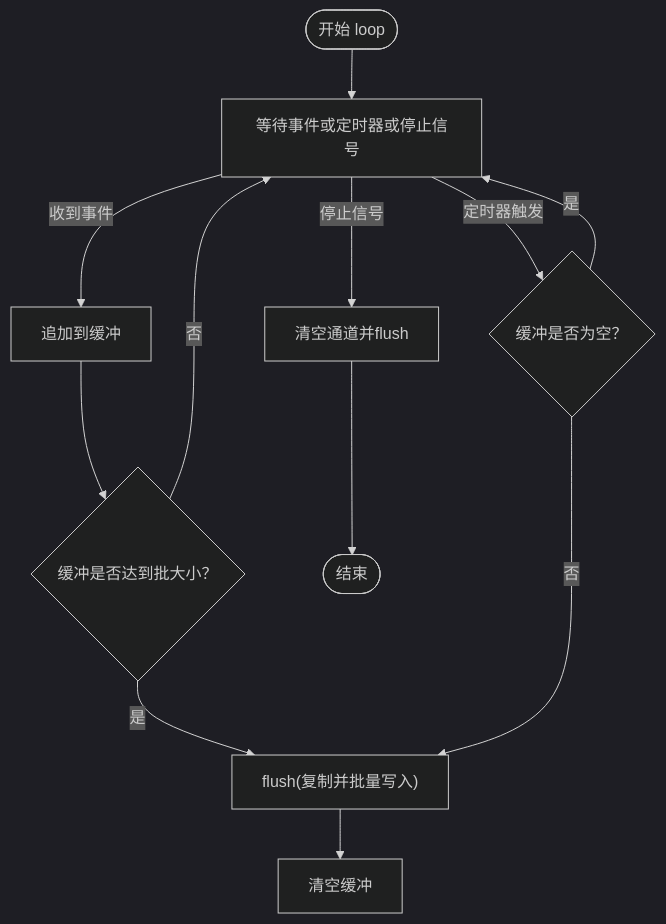
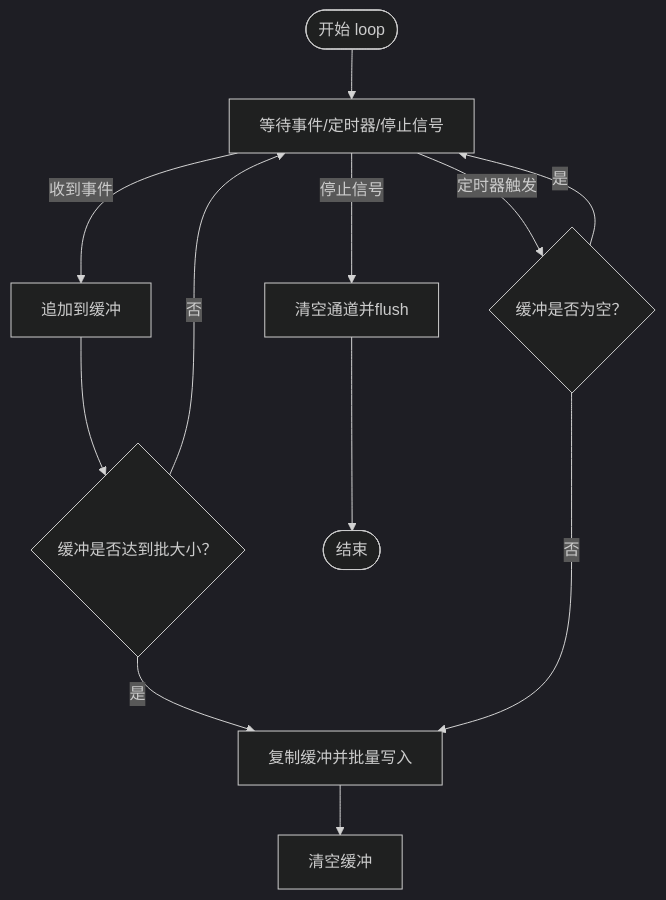
The third of 10 diagrams in docs/监控与可观测性/安全事件记录.md (x01n/My-OpenWaf), drawn with Mermaid (dark theme) before and after one commit. The commit also changed other lines of this file and 199 other files, not shown here.

````diff
--- a/docs/监控与可观测性/安全事件记录.md
+++ b/docs/监控与可观测性/安全事件记录.md
@@ -151,14 +136,14 @@
 ```mermaid
 flowchart TD
-Start(["开始 loop"]) --> Wait["等待事件或定时器或停止信号"]
+Start(["开始 loop"]) --> Wait["等待事件/定时器/停止信号"]
 Wait --> |收到事件| Append["追加到缓冲"]
 Append --> CheckFull{"缓冲是否达到批大小？"}
-CheckFull --> |是| Flush["flush(复制并批量写入)"]
+CheckFull --> |是| Flush["复制缓冲并批量写入"]
 Flush --> ResetBuf["清空缓冲"]
 CheckFull --> |否| Wait
 Wait --> |定时器触发| MaybeFlush{"缓冲是否为空？"}
 MaybeFlush --> |否| Flush
 MaybeFlush --> |是| Wait
 Wait --> |停止信号| Drain["清空通道并flush"]
 Drain --> End(["结束"])
 ```
````
